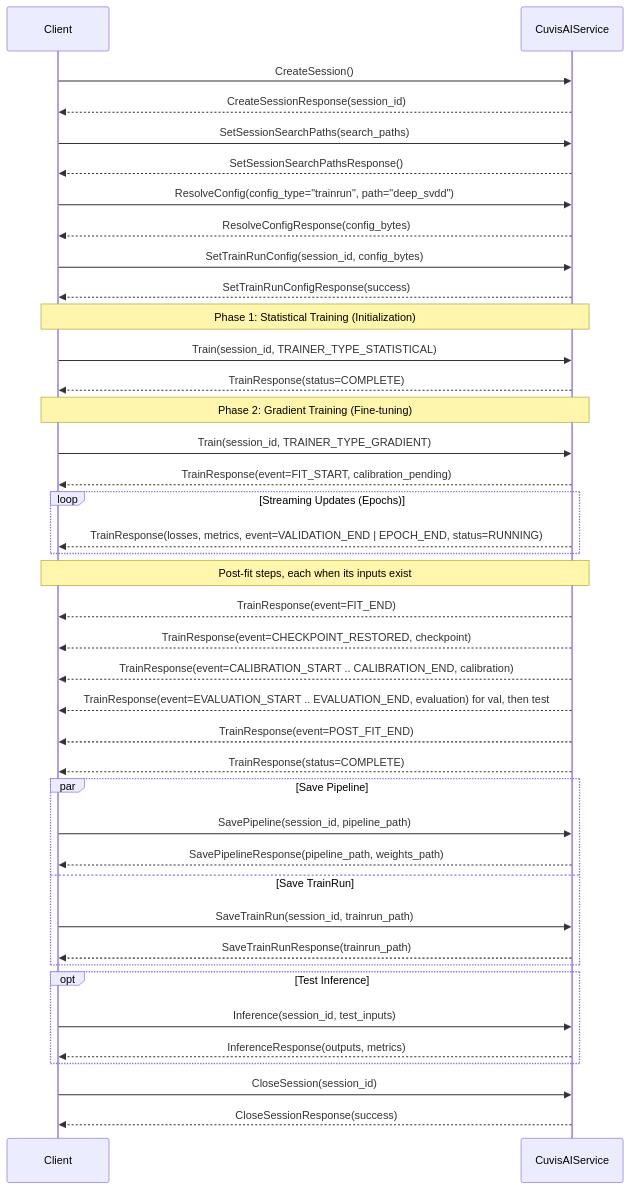
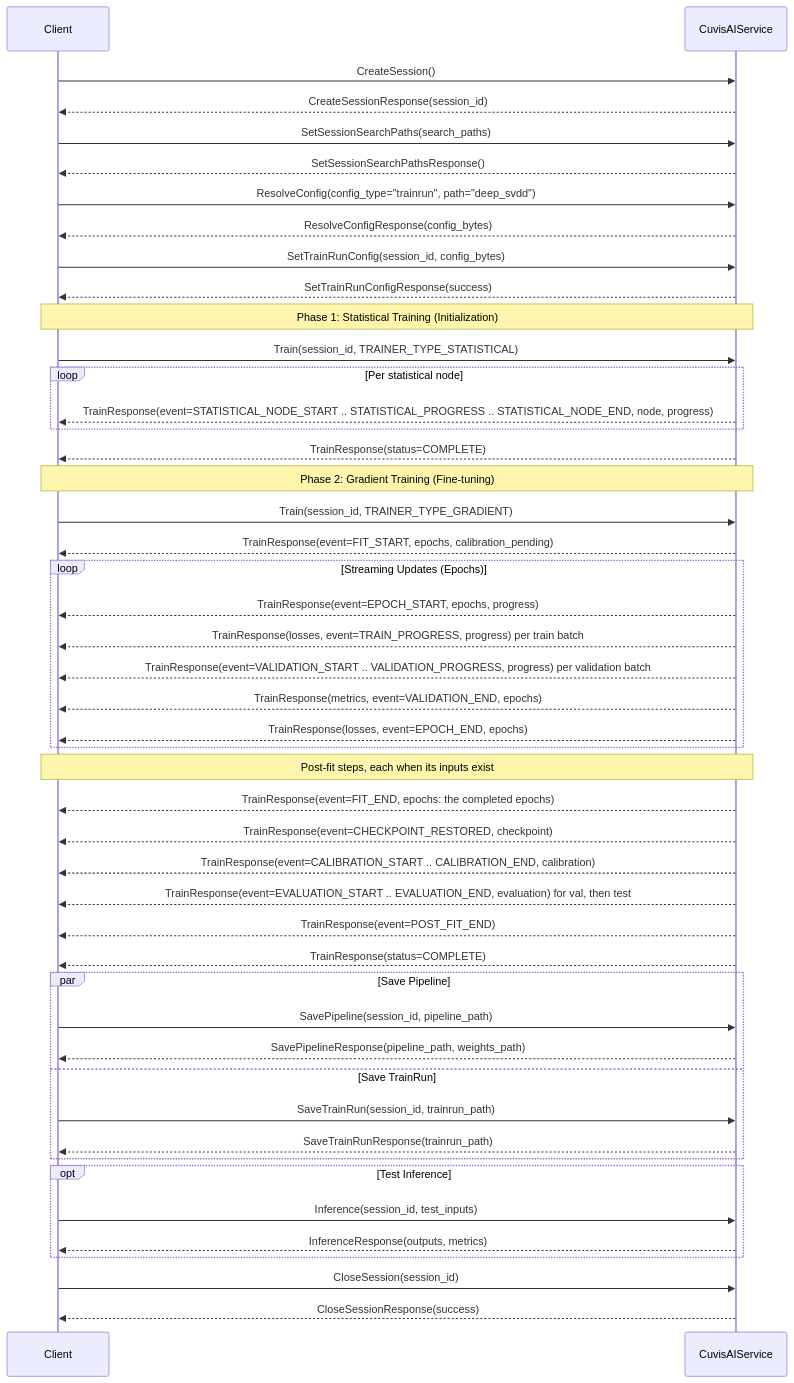
Before and after one commit to cubert-hyperspectral/cuvis-ai: the second of 7 diagrams in docs/deployment/sequence-diagrams.md, drawn with Mermaid. The commit also changed 4 other files, not shown here.

First line of the commit message:
docs: the fit's own events on the Train stream

````diff
--- a/docs/deployment/sequence-diagrams.md
+++ b/docs/deployment/sequence-diagrams.md
@@ -85,53 +85,60 @@
 ```mermaid
 sequenceDiagram
   participant Client
   participant CuvisAIService
 
   Client->>CuvisAIService: CreateSession()
   CuvisAIService-->>Client: CreateSessionResponse(session_id)
 
   Client->>CuvisAIService: SetSessionSearchPaths(search_paths)
   CuvisAIService-->>Client: SetSessionSearchPathsResponse()
 
   Client->>CuvisAIService: ResolveConfig(config_type="trainrun", path="deep_svdd")
   CuvisAIService-->>Client: ResolveConfigResponse(config_bytes)
 
   Client->>CuvisAIService: SetTrainRunConfig(session_id, config_bytes)
   CuvisAIService-->>Client: SetTrainRunConfigResponse(success)
 
   Note over Client,CuvisAIService: Phase 1: Statistical Training (Initialization)
   Client->>CuvisAIService: Train(session_id, TRAINER_TYPE_STATISTICAL)
+  loop Per statistical node
+    CuvisAIService-->>Client: TrainResponse(event=STATISTICAL_NODE_START .. STATISTICAL_PROGRESS .. STATISTICAL_NODE_END, node, progress)
+  end
   CuvisAIService-->>Client: TrainResponse(status=COMPLETE)
 
   Note over Client,CuvisAIService: Phase 2: Gradient Training (Fine-tuning)
   Client->>CuvisAIService: Train(session_id, TRAINER_TYPE_GRADIENT)
-  CuvisAIService-->>Client: TrainResponse(event=FIT_START, calibration_pending)
+  CuvisAIService-->>Client: TrainResponse(event=FIT_START, epochs, calibration_pending)
 
   loop Streaming Updates (Epochs)
-    CuvisAIService-->>Client: TrainResponse(losses, metrics, event=VALIDATION_END | EPOCH_END, status=RUNNING)
+    CuvisAIService-->>Client: TrainResponse(event=EPOCH_START, epochs, progress)
+    CuvisAIService-->>Client: TrainResponse(losses, event=TRAIN_PROGRESS, progress) per train batch
+    CuvisAIService-->>Client: TrainResponse(event=VALIDATION_START .. VALIDATION_PROGRESS, progress) per validation batch
+    CuvisAIService-->>Client: TrainResponse(metrics, event=VALIDATION_END, epochs)
+    CuvisAIService-->>Client: TrainResponse(losses, event=EPOCH_END, epochs)
   end
 
   Note over Client,CuvisAIService: Post-fit steps, each when its inputs exist
-  CuvisAIService-->>Client: TrainResponse(event=FIT_END)
+  CuvisAIService-->>Client: TrainResponse(event=FIT_END, epochs: the completed epochs)
   CuvisAIService-->>Client: TrainResponse(event=CHECKPOINT_RESTORED, checkpoint)
   CuvisAIService-->>Client: TrainResponse(event=CALIBRATION_START .. CALIBRATION_END, calibration)
   CuvisAIService-->>Client: TrainResponse(event=EVALUATION_START .. EVALUATION_END, evaluation) for val, then test
   CuvisAIService-->>Client: TrainResponse(event=POST_FIT_END)
   CuvisAIService-->>Client: TrainResponse(status=COMPLETE)
 
   par Save Pipeline
     Client->>CuvisAIService: SavePipeline(session_id, pipeline_path)
     CuvisAIService-->>Client: SavePipelineResponse(pipeline_path, weights_path)
   and Save TrainRun
     Client->>CuvisAIService: SaveTrainRun(session_id, trainrun_path)
     CuvisAIService-->>Client: SaveTrainRunResponse(trainrun_path)
   end
 
   opt Test Inference
     Client->>CuvisAIService: Inference(session_id, test_inputs)
     CuvisAIService-->>Client: InferenceResponse(outputs, metrics)
   end
 
   Client->>CuvisAIService: CloseSession(session_id)
   CuvisAIService-->>Client: CloseSessionResponse(success)
 ```
````
